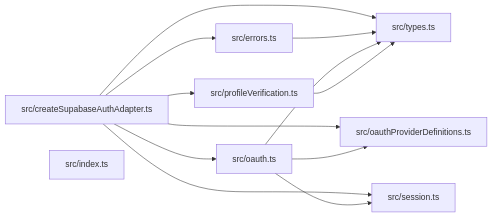
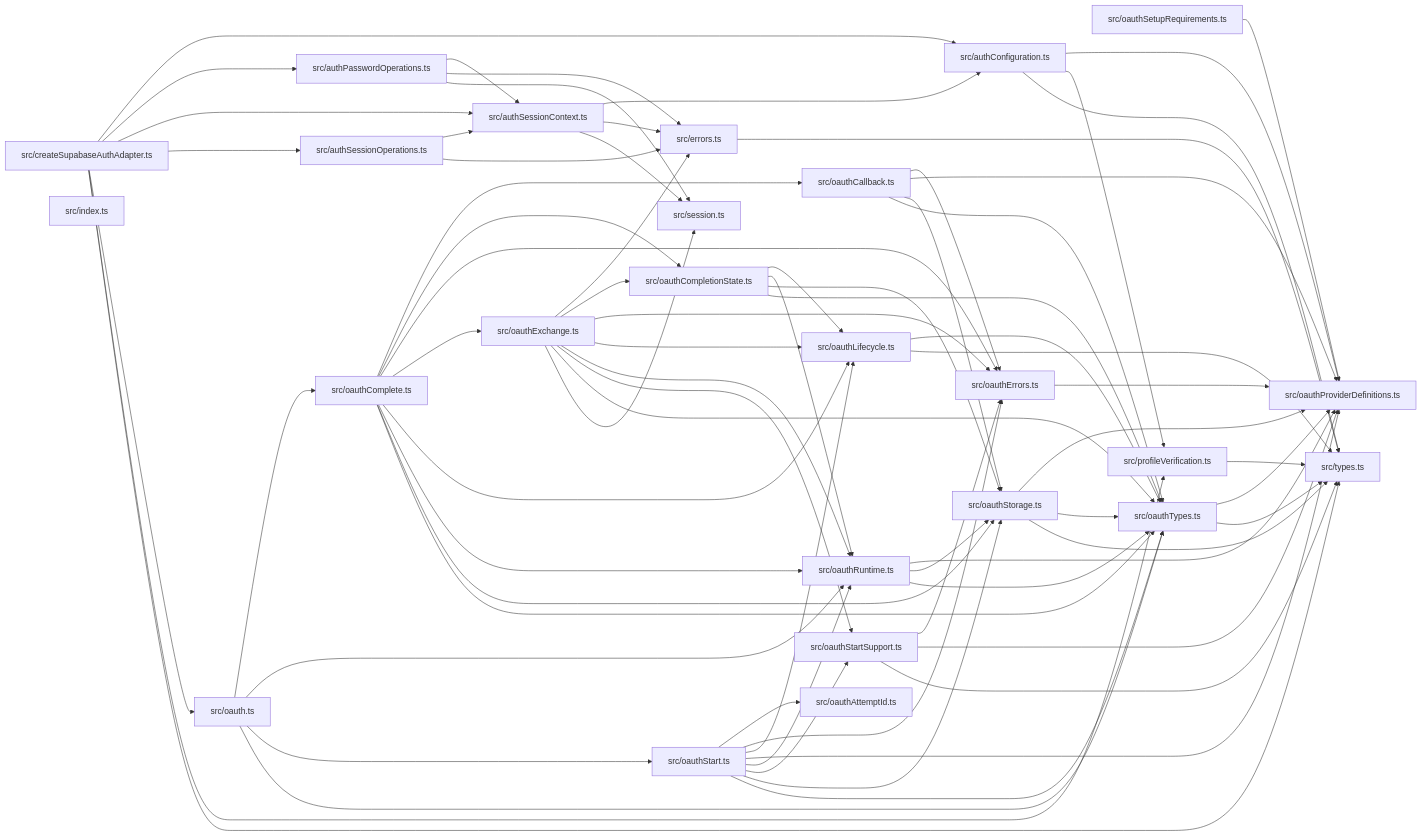
Before and after one commit to ankhorage/supabase-auth: the diagram in paradox/diagrams/module-relationships.mmd, drawn with Mermaid. The commit also changed 61 other files, not shown here.

```diff
--- a/paradox/diagrams/module-relationships.mmd
+++ b/paradox/diagrams/module-relationships.mmd
@@ -1,20 +1,97 @@
 graph LR
+  module_src_authConfiguration_ts["src/authConfiguration.ts"]
+  module_src_authPasswordOperations_ts["src/authPasswordOperations.ts"]
+  module_src_authSessionContext_ts["src/authSessionContext.ts"]
+  module_src_authSessionOperations_ts["src/authSessionOperations.ts"]
   module_src_createSupabaseAuthAdapter_ts["src/createSupabaseAuthAdapter.ts"]
   module_src_errors_ts["src/errors.ts"]
   module_src_index_ts["src/index.ts"]
   module_src_oauth_ts["src/oauth.ts"]
+  module_src_oauthAttemptId_ts["src/oauthAttemptId.ts"]
+  module_src_oauthCallback_ts["src/oauthCallback.ts"]
+  module_src_oauthComplete_ts["src/oauthComplete.ts"]
+  module_src_oauthCompletionState_ts["src/oauthCompletionState.ts"]
+  module_src_oauthErrors_ts["src/oauthErrors.ts"]
+  module_src_oauthExchange_ts["src/oauthExchange.ts"]
+  module_src_oauthLifecycle_ts["src/oauthLifecycle.ts"]
   module_src_oauthProviderDefinitions_ts["src/oauthProviderDefinitions.ts"]
+  module_src_oauthRuntime_ts["src/oauthRuntime.ts"]
+  module_src_oauthSetupRequirements_ts["src/oauthSetupRequirements.ts"]
+  module_src_oauthStart_ts["src/oauthStart.ts"]
+  module_src_oauthStartSupport_ts["src/oauthStartSupport.ts"]
+  module_src_oauthStorage_ts["src/oauthStorage.ts"]
+  module_src_oauthTypes_ts["src/oauthTypes.ts"]
   module_src_profileVerification_ts["src/profileVerification.ts"]
   module_src_session_ts["src/session.ts"]
   module_src_types_ts["src/types.ts"]
-  module_src_createSupabaseAuthAdapter_ts --> module_src_errors_ts
+  module_src_authConfiguration_ts --> module_src_oauthProviderDefinitions_ts
+  module_src_authConfiguration_ts --> module_src_profileVerification_ts
+  module_src_authConfiguration_ts --> module_src_types_ts
+  module_src_authPasswordOperations_ts --> module_src_authSessionContext_ts
+  module_src_authPasswordOperations_ts --> module_src_errors_ts
+  module_src_authPasswordOperations_ts --> module_src_session_ts
+  module_src_authSessionContext_ts --> module_src_authConfiguration_ts
+  module_src_authSessionContext_ts --> module_src_errors_ts
+  module_src_authSessionContext_ts --> module_src_session_ts
+  module_src_authSessionOperations_ts --> module_src_authSessionContext_ts
+  module_src_authSessionOperations_ts --> module_src_errors_ts
+  module_src_createSupabaseAuthAdapter_ts --> module_src_authConfiguration_ts
+  module_src_createSupabaseAuthAdapter_ts --> module_src_authPasswordOperations_ts
+  module_src_createSupabaseAuthAdapter_ts --> module_src_authSessionContext_ts
+  module_src_createSupabaseAuthAdapter_ts --> module_src_authSessionOperations_ts
   module_src_createSupabaseAuthAdapter_ts --> module_src_oauth_ts
-  module_src_createSupabaseAuthAdapter_ts --> module_src_oauthProviderDefinitions_ts
   module_src_createSupabaseAuthAdapter_ts --> module_src_profileVerification_ts
-  module_src_createSupabaseAuthAdapter_ts --> module_src_session_ts
   module_src_createSupabaseAuthAdapter_ts --> module_src_types_ts
   module_src_errors_ts --> module_src_types_ts
-  module_src_oauth_ts --> module_src_oauthProviderDefinitions_ts
-  module_src_oauth_ts --> module_src_session_ts
-  module_src_oauth_ts --> module_src_types_ts
+  module_src_oauth_ts --> module_src_oauthComplete_ts
+  module_src_oauth_ts --> module_src_oauthRuntime_ts
+  module_src_oauth_ts --> module_src_oauthStart_ts
+  module_src_oauth_ts --> module_src_oauthTypes_ts
+  module_src_oauthCallback_ts --> module_src_oauthErrors_ts
+  module_src_oauthCallback_ts --> module_src_oauthProviderDefinitions_ts
+  module_src_oauthCallback_ts --> module_src_oauthStorage_ts
+  module_src_oauthCallback_ts --> module_src_oauthTypes_ts
+  module_src_oauthComplete_ts --> module_src_oauthCallback_ts
+  module_src_oauthComplete_ts --> module_src_oauthCompletionState_ts
+  module_src_oauthComplete_ts --> module_src_oauthErrors_ts
+  module_src_oauthComplete_ts --> module_src_oauthExchange_ts
+  module_src_oauthComplete_ts --> module_src_oauthLifecycle_ts
+  module_src_oauthComplete_ts --> module_src_oauthRuntime_ts
+  module_src_oauthComplete_ts --> module_src_oauthStorage_ts
+  module_src_oauthComplete_ts --> module_src_oauthTypes_ts
+  module_src_oauthCompletionState_ts --> module_src_oauthLifecycle_ts
+  module_src_oauthCompletionState_ts --> module_src_oauthRuntime_ts
+  module_src_oauthCompletionState_ts --> module_src_oauthStorage_ts
+  module_src_oauthCompletionState_ts --> module_src_oauthTypes_ts
+  module_src_oauthErrors_ts --> module_src_oauthProviderDefinitions_ts
+  module_src_oauthExchange_ts --> module_src_errors_ts
+  module_src_oauthExchange_ts --> module_src_oauthCompletionState_ts
+  module_src_oauthExchange_ts --> module_src_oauthErrors_ts
+  module_src_oauthExchange_ts --> module_src_oauthLifecycle_ts
+  module_src_oauthExchange_ts --> module_src_oauthRuntime_ts
+  module_src_oauthExchange_ts --> module_src_oauthStartSupport_ts
+  module_src_oauthExchange_ts --> module_src_oauthTypes_ts
+  module_src_oauthExchange_ts --> module_src_session_ts
+  module_src_oauthLifecycle_ts --> module_src_oauthTypes_ts
+  module_src_oauthLifecycle_ts --> module_src_types_ts
+  module_src_oauthRuntime_ts --> module_src_oauthProviderDefinitions_ts
+  module_src_oauthRuntime_ts --> module_src_oauthStorage_ts
+  module_src_oauthRuntime_ts --> module_src_oauthTypes_ts
+  module_src_oauthSetupRequirements_ts --> module_src_oauthProviderDefinitions_ts
+  module_src_oauthStart_ts --> module_src_oauthAttemptId_ts
+  module_src_oauthStart_ts --> module_src_oauthErrors_ts
+  module_src_oauthStart_ts --> module_src_oauthLifecycle_ts
+  module_src_oauthStart_ts --> module_src_oauthProviderDefinitions_ts
+  module_src_oauthStart_ts --> module_src_oauthRuntime_ts
+  module_src_oauthStart_ts --> module_src_oauthStartSupport_ts
+  module_src_oauthStart_ts --> module_src_oauthStorage_ts
+  module_src_oauthStart_ts --> module_src_oauthTypes_ts
+  module_src_oauthStartSupport_ts --> module_src_oauthErrors_ts
+  module_src_oauthStartSupport_ts --> module_src_oauthProviderDefinitions_ts
+  module_src_oauthStartSupport_ts --> module_src_types_ts
+  module_src_oauthStorage_ts --> module_src_oauthProviderDefinitions_ts
+  module_src_oauthStorage_ts --> module_src_oauthTypes_ts
+  module_src_oauthStorage_ts --> module_src_types_ts
+  module_src_oauthTypes_ts --> module_src_oauthProviderDefinitions_ts
+  module_src_oauthTypes_ts --> module_src_types_ts
   module_src_profileVerification_ts --> module_src_types_ts
```
